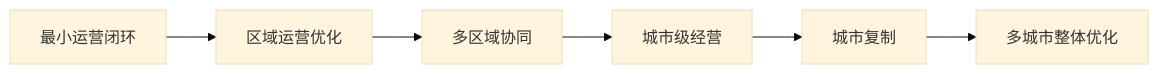
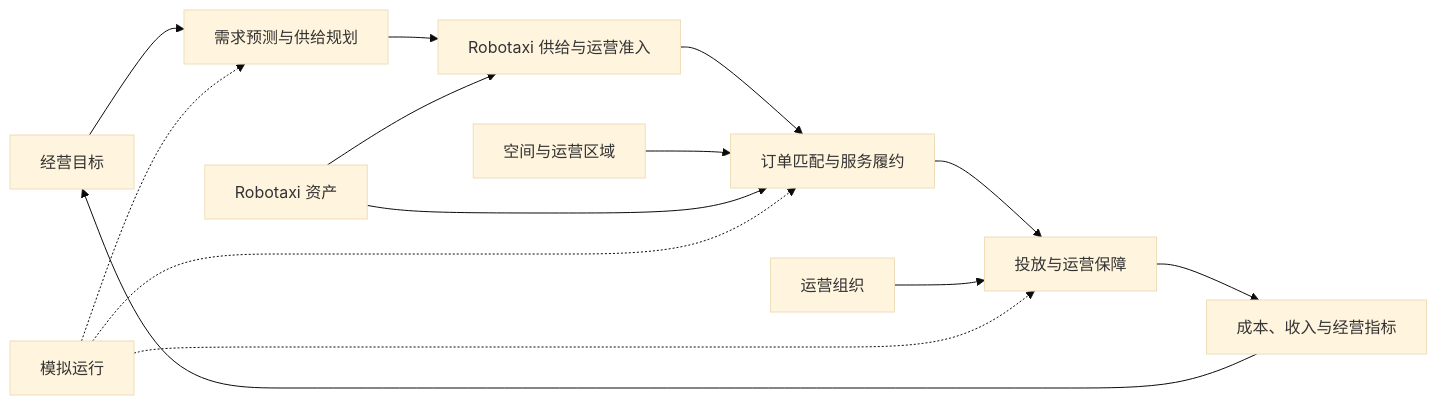
The tenth of 10 diagrams in README.md (Chizheng4/robotaxi), drawn with Mermaid (base theme) before and after one commit. The commit also changed other lines of this file and 16 other files, not shown here.

````diff
--- a/README.md
+++ b/README.md
@@ -187,8 +218,16 @@
 ```mermaid
 flowchart LR
-  A["最小运营闭环"] --> B["区域运营优化"]
-  B --> C["多区域协同"]
-  C --> D["城市级经营"]
-  D --> E["城市复制"]
-  E --> F["多城市整体优化"]
+  A["经营目标"] --> B["需求预测与供给规划"]
+  B --> C["Robotaxi 供给与运营准入"]
+  C --> D["订单匹配与服务履约"]
+  D --> E["投放与运营保障"]
+  E --> F["成本、收入与经营指标"]
+  F --> A
+  G["空间与运营区域"] --> D
+  H["Robotaxi 资产"] --> C
+  H --> D
+  I["运营组织"] --> E
+  J["模拟运行"] -.-> B
+  J -.-> D
+  J -.-> E
 ```
````
